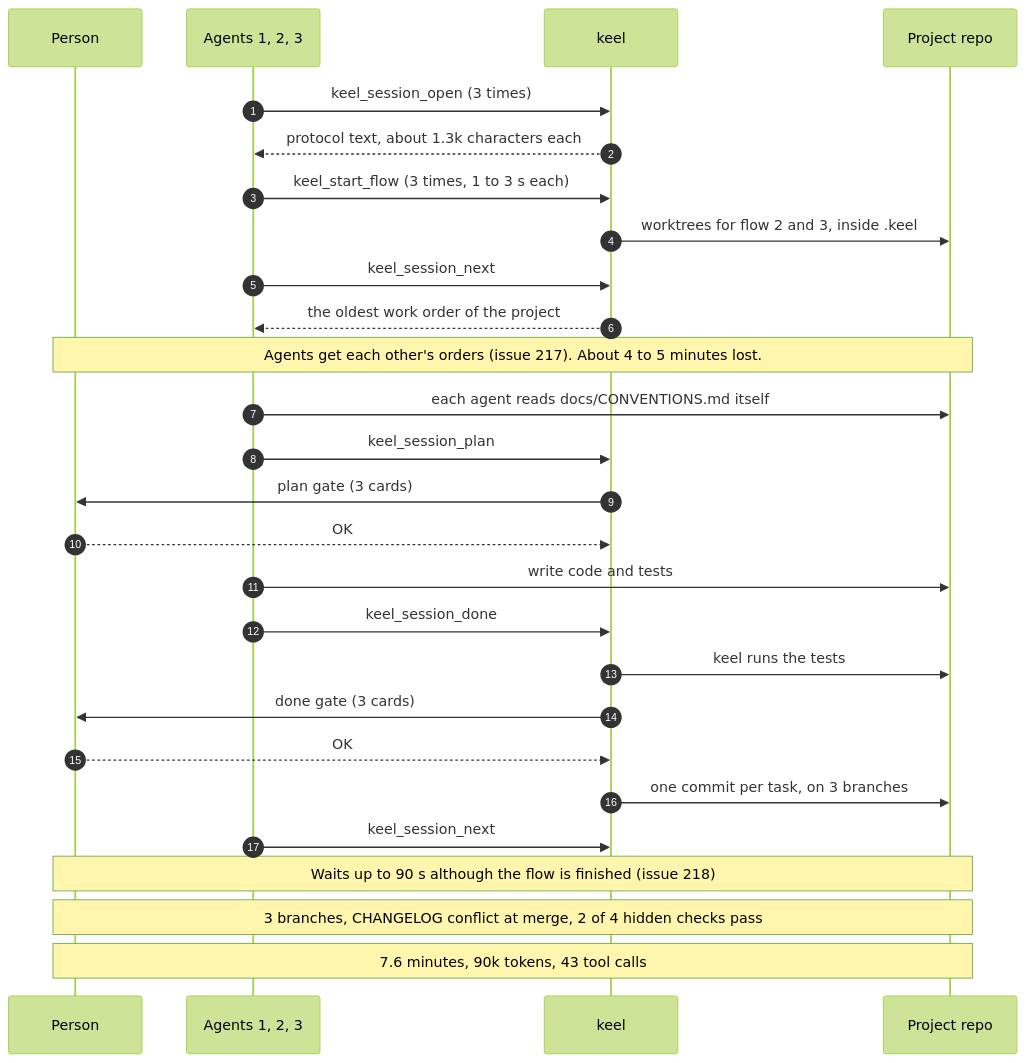
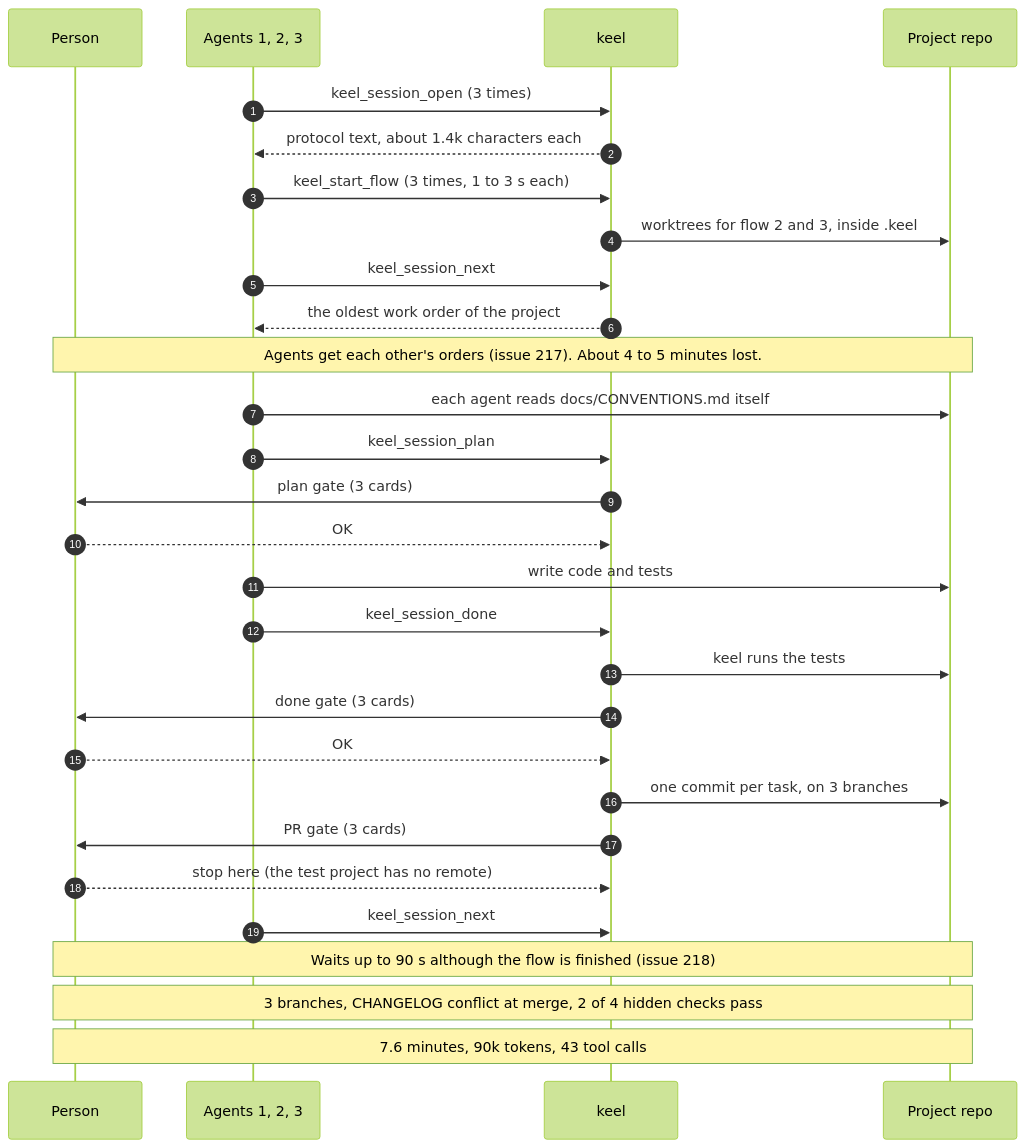
One commit to MiladNalbandi/keel-v2 changed the second of 7 diagrams in docs/research/keel-feature-proposal.md. Above: the diagram before and after it, drawn with Mermaid (forest theme). The commit also changed other lines of this file and 13 other files, not shown here.

````diff
--- a/docs/research/keel-feature-proposal.md
+++ b/docs/research/keel-feature-proposal.md
@@ -149,30 +195,32 @@
 ```mermaid
 sequenceDiagram
   autonumber
   participant P as Person
   participant A as Agents 1, 2, 3
   participant K as keel
   participant R as Project repo
 
   A->>K: keel_session_open (3 times)
-  K-->>A: protocol text, about 1.3k characters each
+  K-->>A: protocol text, about 1.4k characters each
   A->>K: keel_start_flow (3 times, 1 to 3 s each)
   K->>R: worktrees for flow 2 and 3, inside .keel
   A->>K: keel_session_next
   K-->>A: the oldest work order of the project
   Note over P,R: Agents get each other's orders (issue 217). About 4 to 5 minutes lost.
   A->>R: each agent reads docs/CONVENTIONS.md itself
   A->>K: keel_session_plan
   K->>P: plan gate (3 cards)
   P-->>K: OK
   A->>R: write code and tests
   A->>K: keel_session_done
   K->>R: keel runs the tests
   K->>P: done gate (3 cards)
   P-->>K: OK
   K->>R: one commit per task, on 3 branches
+  K->>P: PR gate (3 cards)
+  P-->>K: stop here (the test project has no remote)
   A->>K: keel_session_next
   Note over P,R: Waits up to 90 s although the flow is finished (issue 218)
   Note over P,R: 3 branches, CHANGELOG conflict at merge, 2 of 4 hidden checks pass
   Note over P,R: 7.6 minutes, 90k tokens, 43 tool calls
 ```
````
